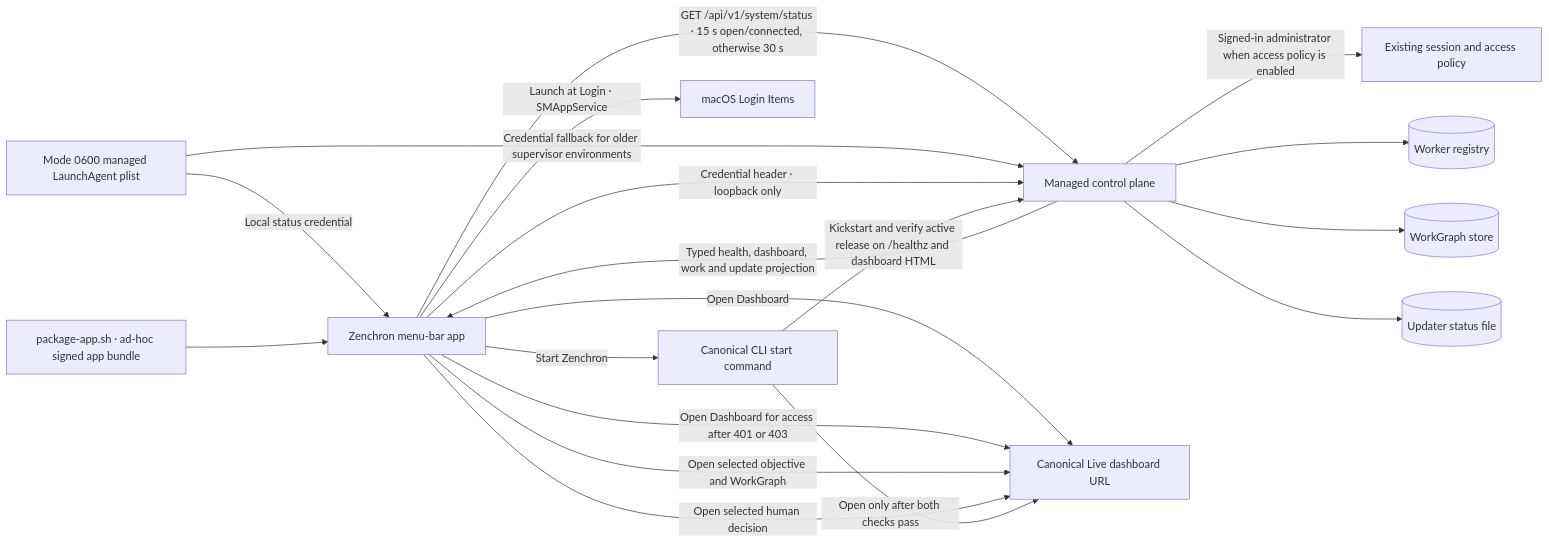
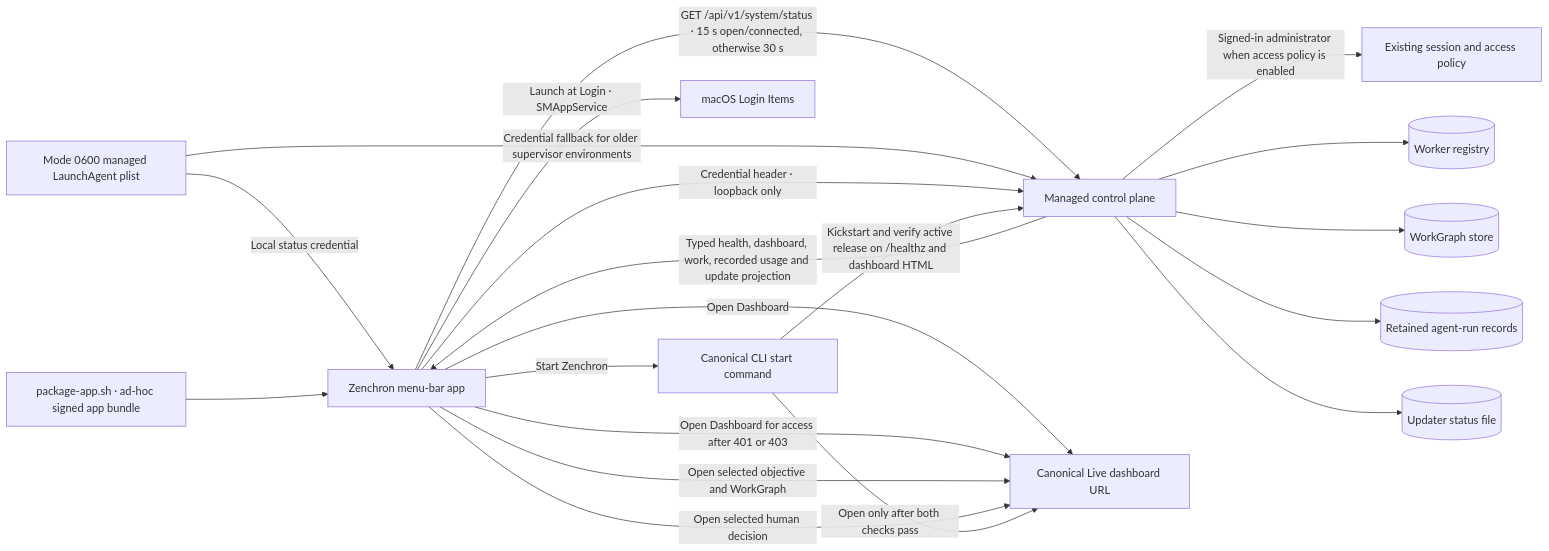
The diagram in docs/features/macos-menu-bar-companion.md (bogdaniel/zenchron-engineering-os), drawn with Mermaid before and after one commit. The commit also changed other lines of this file and 6 other files, not shown here.

Commit message:
feat(macos): show recorded run usage

````diff
--- a/docs/features/macos-menu-bar-companion.md
+++ b/docs/features/macos-menu-bar-companion.md
@@ -8,21 +8,22 @@
 ```mermaid
 flowchart LR
   Companion[Zenchron menu-bar app] -->|GET /api/v1/system/status · 15 s open/connected, otherwise 30 s| API[Managed control plane]
   LaunchAgent[Mode 0600 managed LaunchAgent plist] -->|Local status credential| Companion
   LaunchAgent -->|Credential fallback for older supervisor environments| API
   Companion -->|Credential header · loopback only| API
-  API -->|Typed health, dashboard, work and update projection| Companion
+  API -->|Typed health, dashboard, work, recorded usage and update projection| Companion
   API -->|Signed-in administrator when access policy is enabled| Auth[Existing session and access policy]
   API --> Workers[(Worker registry)]
   API --> Graphs[(WorkGraph store)]
+  API --> Runs[(Retained agent-run records)]
   API --> Update[(Updater status file)]
   Companion -->|Open Dashboard| Browser[Canonical Live dashboard URL]
   Companion -->|Open Dashboard for access after 401 or 403| Browser
   Companion -->|Open selected objective and WorkGraph| Browser
   Companion -->|Open selected human decision| Browser
   Companion -->|Start Zenchron| CLI[Canonical CLI start command]
   CLI -->|Kickstart and verify active release on /healthz and dashboard HTML| API
   CLI -->|Open only after both checks pass| Browser
   Bundle[package-app.sh · ad-hoc signed app bundle] --> Companion
   Companion -->|Launch at Login · SMAppService| Settings[macOS Login Items]
 ```
````
